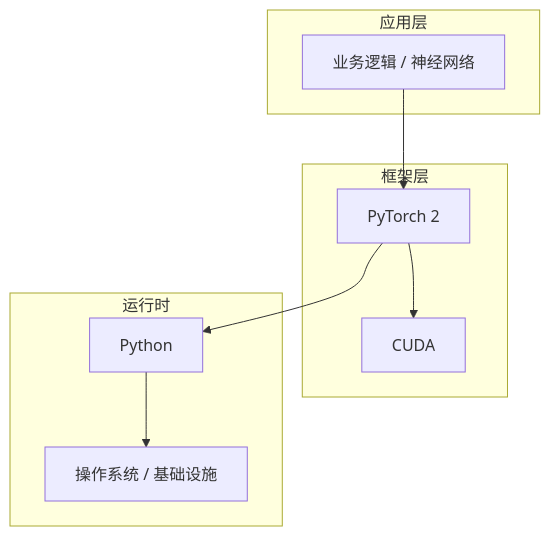
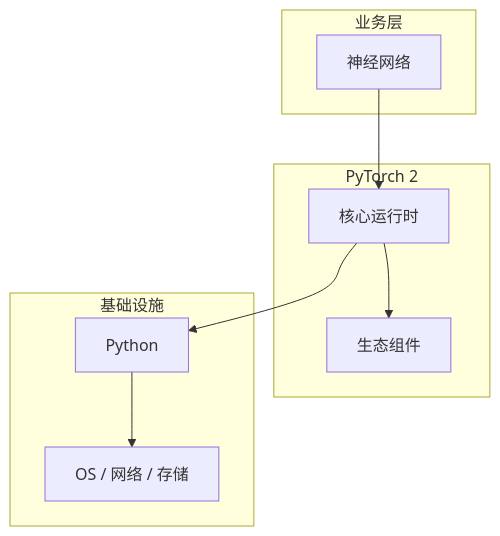
One commit to yanggan2015/knowledge-json-v2 changed the diagram in articles/深度学习/chapters/007-神经网络核心概念与原理.md. Above: the diagram before and after it, drawn with Mermaid. The commit also changed other lines of this file and 10127 other files, not shown here.

````diff
--- a/articles/深度学习/chapters/007-神经网络核心概念与原理.md
+++ b/articles/深度学习/chapters/007-神经网络核心概念与原理.md
@@ -45,18 +30,18 @@
 ```mermaid
 graph TB
-    subgraph 应用层
-        A[业务逻辑 / 神经网络]
+    subgraph 业务层
+        A[神经网络]
     end
-    subgraph 框架层
-        B[PyTorch 2]
-        C[CUDA]
+    subgraph PyTorch 2
+        B[核心运行时]
+        C[生态组件]
     end
-    subgraph 运行时
+    subgraph 基础设施
         D[Python]
-        E[操作系统 / 基础设施]
+        E[OS / 网络 / 存储]
     end
     A --> B
     B --> C
     B --> D
     D --> E
 ```
````
